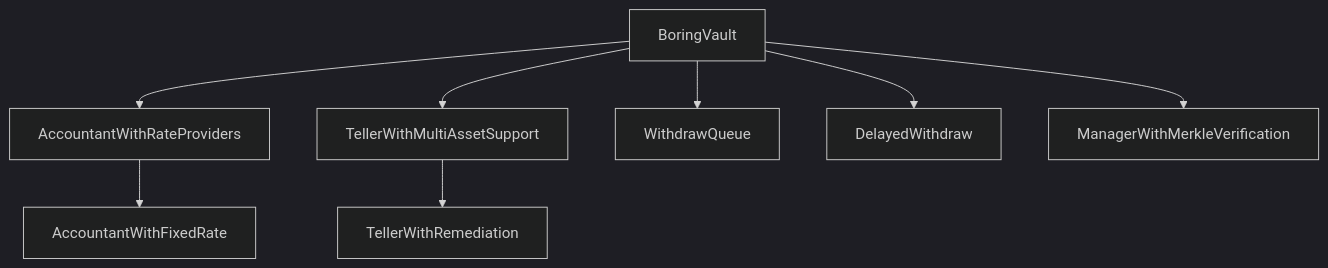
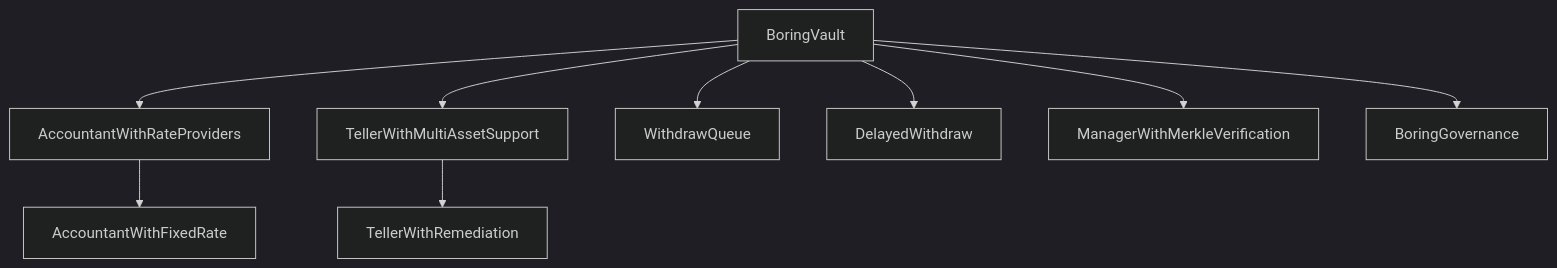
One commit to Merlinchain-io/boring-vault changed the first of 10 diagrams in roles.md. Above: the diagram before and after it, drawn with Mermaid (dark theme). The commit also changed other lines of this file, not shown here.

````diff
--- a/roles.md
+++ b/roles.md
@@ -5,10 +5,11 @@
 ```mermaid
 graph TD
     A[BoringVault] --> B[AccountantWithRateProviders]
     A --> C[TellerWithMultiAssetSupport]
     A --> D[WithdrawQueue]
     A --> E[DelayedWithdraw]
     A --> F[ManagerWithMerkleVerification]
-    B --> G[AccountantWithFixedRate]
-    C --> H[TellerWithRemediation]
+    A --> G[BoringGovernance]
+    B --> H[AccountantWithFixedRate]
+    C --> I[TellerWithRemediation]
 ```
````
